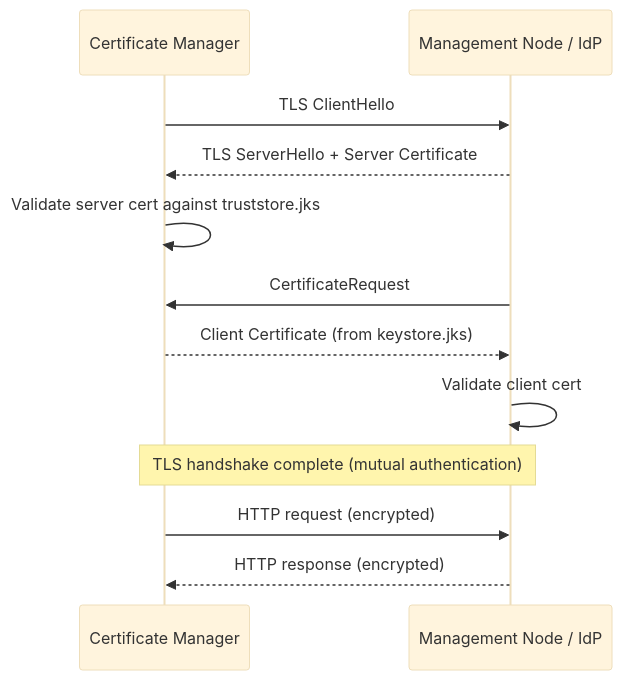
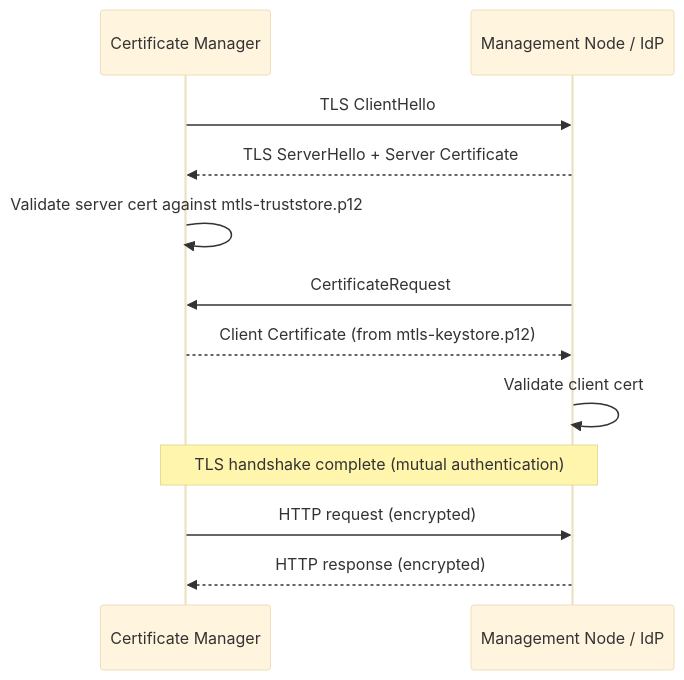
Before and after one commit to National-Node-Net/federator-certificate-manager: the second of 5 diagrams in docs/security.md, drawn with Mermaid (base theme). The commit also changed other lines of this file and 26 other files, not shown here.

````diff
--- a/docs/security.md
+++ b/docs/security.md
@@ -48,15 +48,15 @@
 ```mermaid
 sequenceDiagram
     participant CM as Certificate Manager
     participant Server as Management Node / IdP
 
     CM->>Server: TLS ClientHello
     Server-->>CM: TLS ServerHello + Server Certificate
-    CM->>CM: Validate server cert against truststore.jks
+    CM->>CM: Validate server cert against mtls-truststore.p12
     Server->>CM: CertificateRequest
-    CM-->>Server: Client Certificate (from keystore.jks)
+    CM-->>Server: Client Certificate (from mtls-keystore.p12)
     Server->>Server: Validate client cert
     Note over CM,Server: TLS handshake complete (mutual authentication)
     CM->>Server: HTTP request (encrypted)
     Server-->>CM: HTTP response (encrypted)
 ```
````
